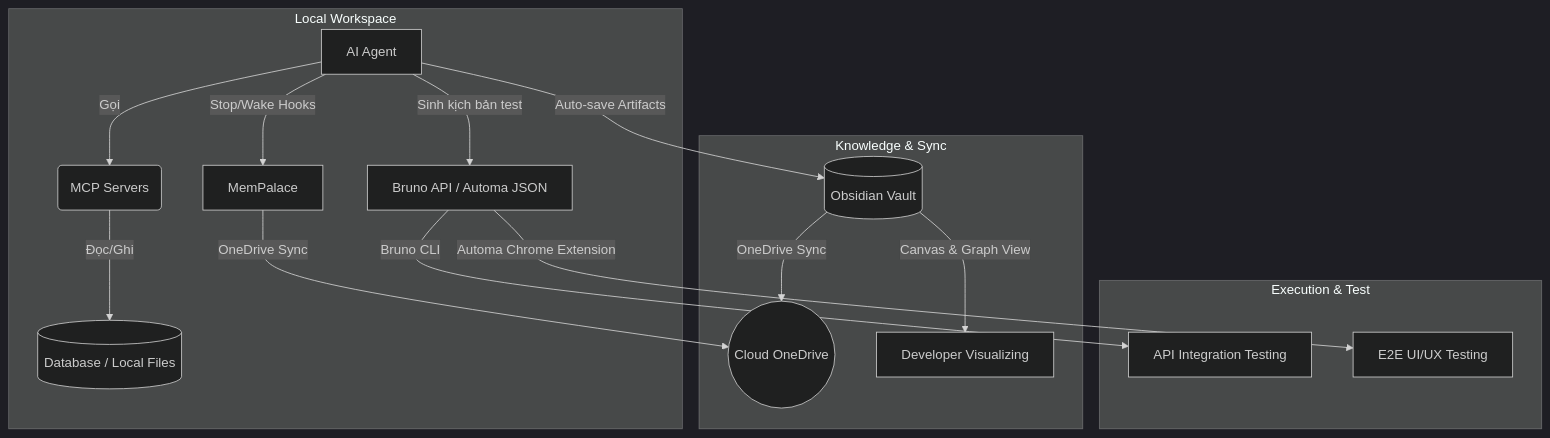
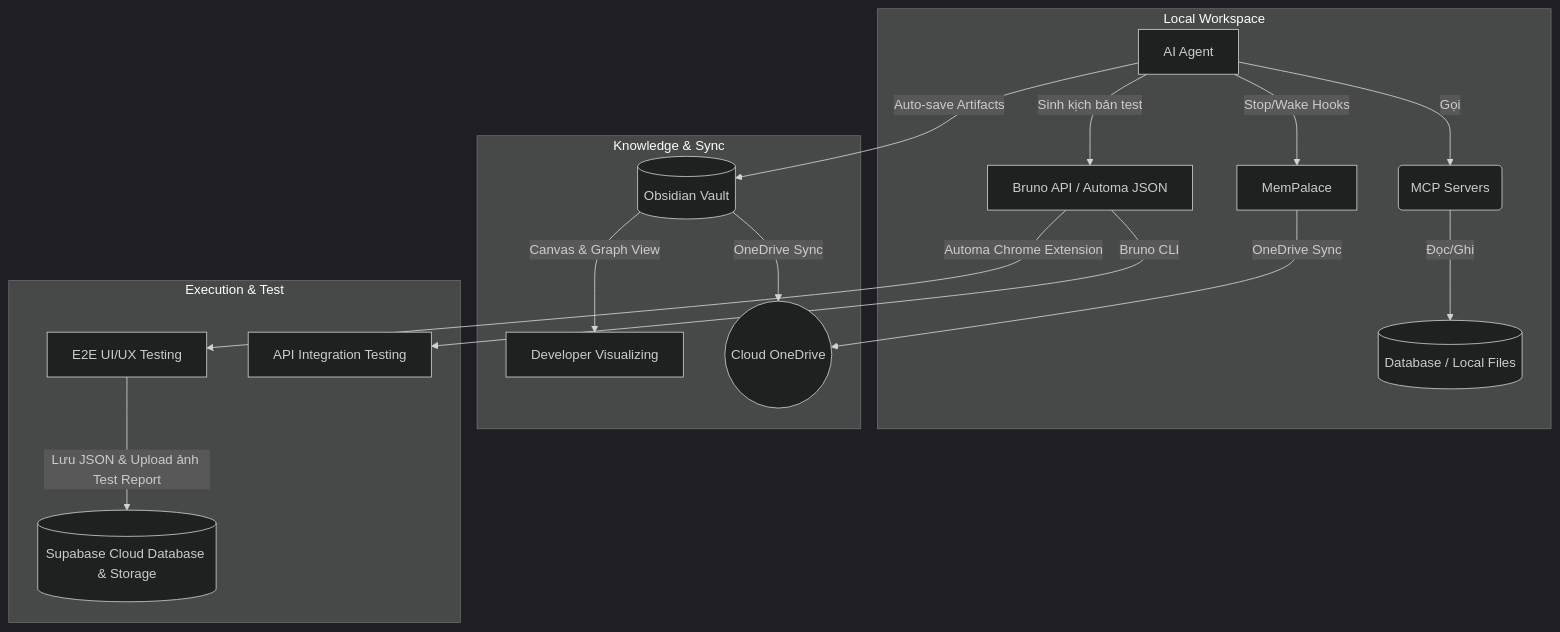
One commit to tuquet/tips changed the diagram in README.md. Above: the diagram before and after it, drawn with Mermaid (dark theme). The commit also changed other lines of this file, not shown here.

Commit message:
docs: integrate Supabase DB and Storage for Automa E2E test workflows and reports

````diff
--- a/README.md
+++ b/README.md
@@ -33,21 +34,22 @@
 ```mermaid
 graph TD
     subgraph Local Workspace
         A[AI Agent] -->|Gọi| B(MCP Servers)
         B -->|Đọc/Ghi| C[(Database / Local Files)]
         A -->|Stop/Wake Hooks| D[MemPalace]
         A -->|Sinh kịch bản test| E[Bruno API / Automa JSON]
     end
 
     subgraph Knowledge & Sync
         F[(Obsidian Vault)] -->|OneDrive Sync| G((Cloud OneDrive))
         D -->|OneDrive Sync| G
         A -->|Auto-save Artifacts| F
         F -->|Canvas & Graph View| H[Developer Visualizing]
     end
 
     subgraph Execution & Test
         E -->|Bruno CLI| I[API Integration Testing]
         E -->|Automa Chrome Extension| J[E2E UI/UX Testing]
+        J -->|Lưu JSON & Upload ảnh Test Report| K[(Supabase Cloud Database & Storage)]
     end
 ```
````
